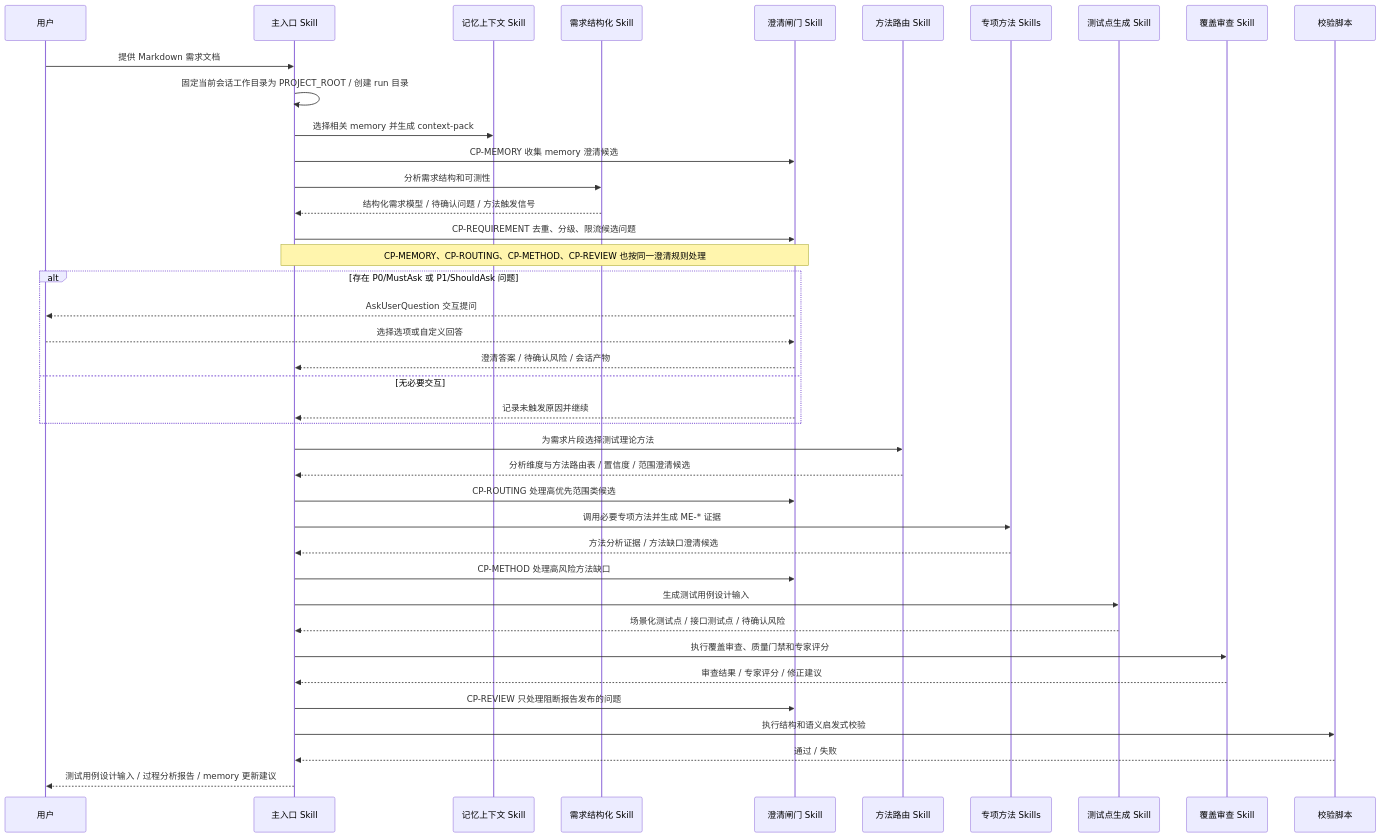
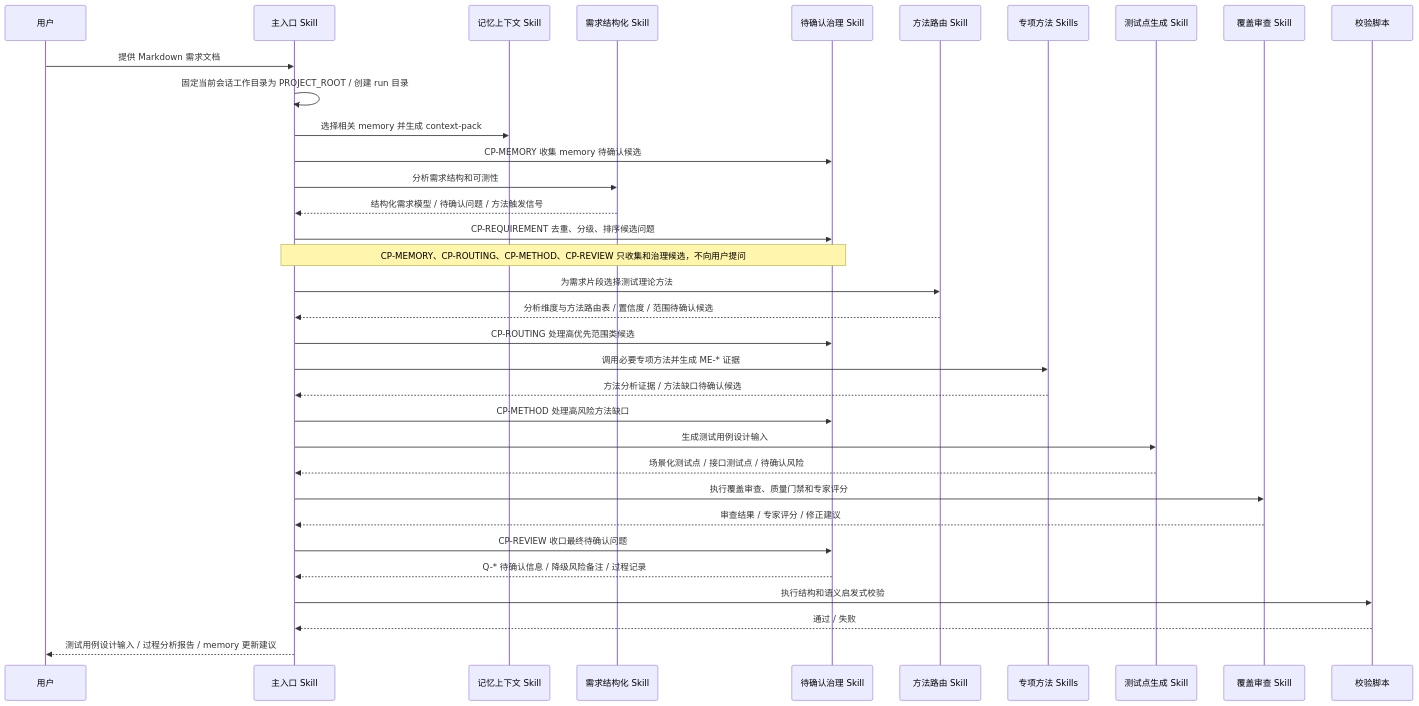
The fourth of 8 diagrams in docs/test-analysis-agent-design.md (szluoqy-byte/Test-Analysis-Agent), drawn with Mermaid before and after one commit. The commit also changed other lines of this file and 40 other files, not shown here.

````diff
--- a/docs/test-analysis-agent-design.md
+++ b/docs/test-analysis-agent-design.md
@@ -239,43 +233,37 @@
 ```mermaid
 sequenceDiagram
   participant U as 用户
   participant E as 主入口 Skill
   participant M as 记忆上下文 Skill
   participant R as 需求结构化 Skill
-  participant C as 澄清闸门 Skill
+  participant C as 待确认治理 Skill
   participant T as 方法路由 Skill
   participant S as 专项方法 Skills
   participant G as 测试点生成 Skill
   participant Q as 覆盖审查 Skill
   participant L as 校验脚本
 
   U->>E: 提供 Markdown 需求文档
   E->>E: 固定当前会话工作目录为 PROJECT_ROOT / 创建 run 目录
   E->>M: 选择相关 memory 并生成 context-pack
-  E->>C: CP-MEMORY 收集 memory 澄清候选
+  E->>C: CP-MEMORY 收集 memory 待确认候选
   E->>R: 分析需求结构和可测性
   R-->>E: 结构化需求模型 / 待确认问题 / 方法触发信号
-  E->>C: CP-REQUIREMENT 去重、分级、限流候选问题
-  Note over E,C: CP-MEMORY、CP-ROUTING、CP-METHOD、CP-REVIEW 也按同一澄清规则处理
-  alt 存在 P0/MustAsk 或 P1/ShouldAsk 问题
-    C-->>U: AskUserQuestion 交互提问
-    U-->>C: 选择选项或自定义回答
-    C-->>E: 澄清答案 / 待确认风险 / 会话产物
-  else 无必要交互
-    C-->>E: 记录未触发原因并继续
-  end
+  E->>C: CP-REQUIREMENT 去重、分级、排序候选问题
+  Note over E,C: CP-MEMORY、CP-ROUTING、CP-METHOD、CP-REVIEW 只收集和治理候选，不向用户提问
   E->>T: 为需求片段选择测试理论方法
-  T-->>E: 分析维度与方法路由表 / 置信度 / 范围澄清候选
+  T-->>E: 分析维度与方法路由表 / 置信度 / 范围待确认候选
   E->>C: CP-ROUTING 处理高优先范围类候选
   E->>S: 调用必要专项方法并生成 ME-* 证据
-  S-->>E: 方法分析证据 / 方法缺口澄清候选
+  S-->>E: 方法分析证据 / 方法缺口待确认候选
   E->>C: CP-METHOD 处理高风险方法缺口
   E->>G: 生成测试用例设计输入
   G-->>E: 场景化测试点 / 接口测试点 / 待确认风险
   E->>Q: 执行覆盖审查、质量门禁和专家评分
   Q-->>E: 审查结果 / 专家评分 / 修正建议
-  E->>C: CP-REVIEW 只处理阻断报告发布的问题
+  E->>C: CP-REVIEW 收口最终待确认问题
+  C-->>E: Q-* 待确认信息 / 降级风险备注 / 过程记录
   E->>L: 执行结构和语义启发式校验
   L-->>E: 通过 / 失败
   E-->>U: 测试用例设计输入 / 过程分析报告 / memory 更新建议
 ```
````
